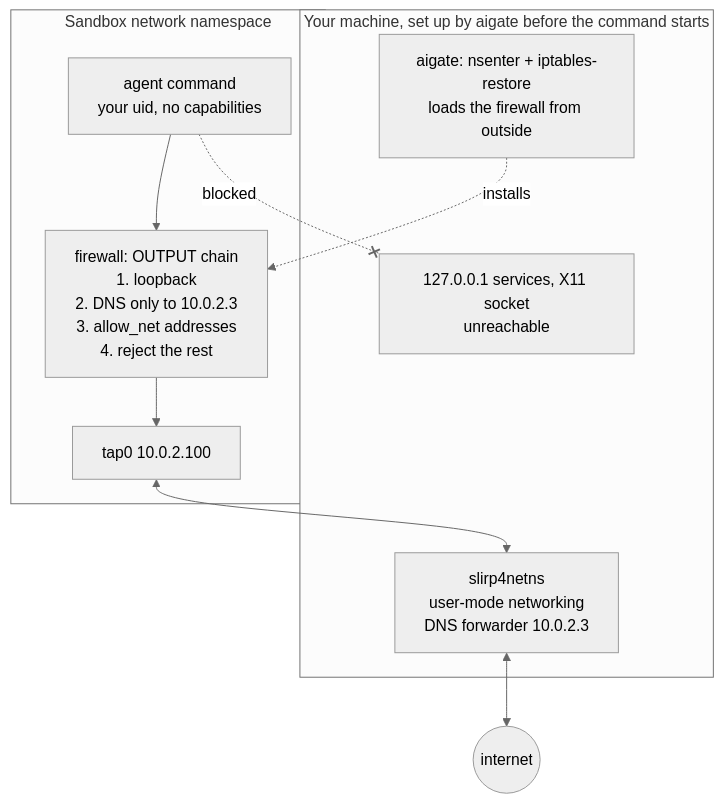
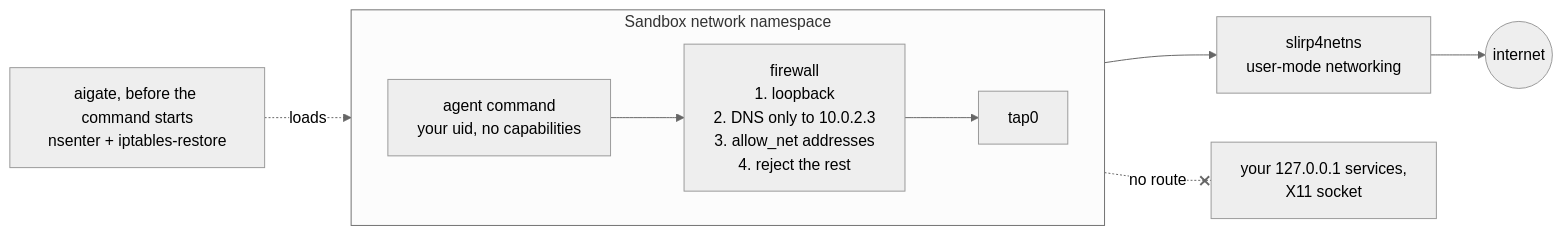
One commit to AxeForging/aigate changed the second of 4 diagrams in docs/user/README.md. Above: the diagram before and after it, drawn with Mermaid (neutral theme).

Commit message:
docs(diagrams): untangle the Linux network diagram

````diff
--- a/docs/user/README.md
+++ b/docs/user/README.md
@@ -696,21 +696,16 @@
 ```mermaid
-flowchart TB
-    net(("internet"))
-
-    subgraph host["Your machine, set up by aigate before the command starts"]
-        slirp["slirp4netns<br/>user-mode networking<br/>DNS forwarder 10.0.2.3"]
-        setup["aigate: nsenter + iptables-restore<br/>loads the firewall from outside"]
-        hostlo["127.0.0.1 services, X11 socket<br/>unreachable"]
-    end
+flowchart LR
+    setup["aigate, before the command starts<br/>nsenter + iptables-restore"]
 
     subgraph ns["Sandbox network namespace"]
+        direction LR
         proc["agent command<br/>your uid, no capabilities"]
-        fw["firewall: OUTPUT chain<br/>1. loopback<br/>2. DNS only to 10.0.2.3<br/>3. allow_net addresses<br/>4. reject the rest"]
-        tap["tap0 10.0.2.100"]
+        fw["firewall<br/>1. loopback<br/>2. DNS only to 10.0.2.3<br/>3. allow_net addresses<br/>4. reject the rest"]
+        tap["tap0"]
         proc --> fw --> tap
     end
 
-    setup -. "installs" .-> fw
-    tap <--> slirp <--> net
-    proc -. "blocked" .-x hostlo
+    tap --> slirp["slirp4netns<br/>user-mode networking"] --> net(("internet"))
+    setup -. "loads" .-> fw
+    proc -. "no route" .-x hostlo["your 127.0.0.1 services,<br/>X11 socket"]
 ```
````
